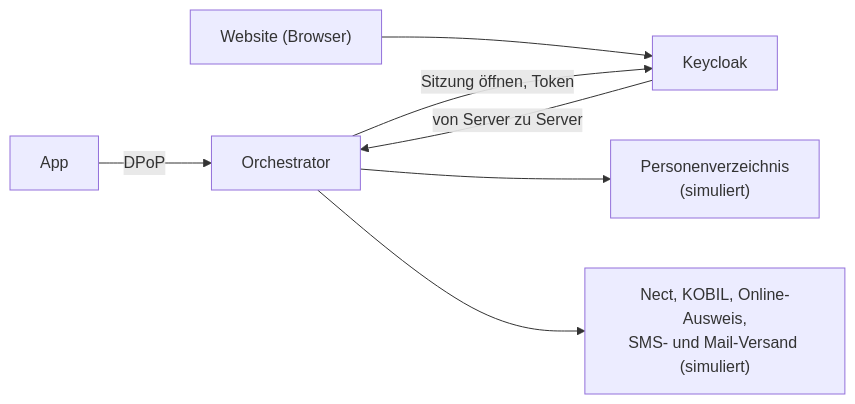
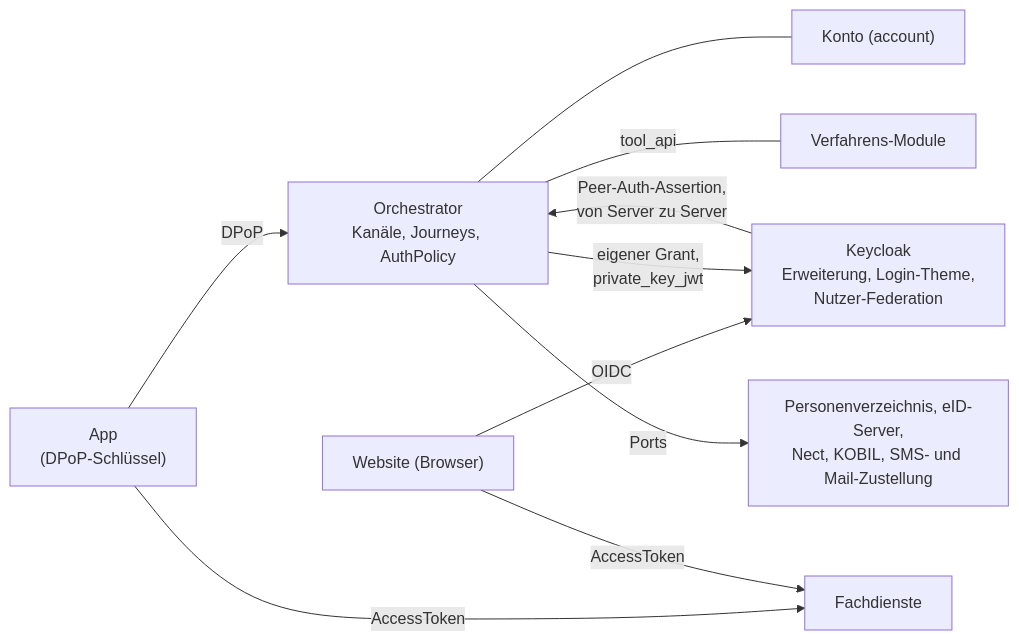
One commit to rpreissel/identity-demo changed the second of 2 diagrams in docs/01-ueberblick.md. Above: the diagram before and after it, drawn with Mermaid. The commit also changed other lines of this file and 273 other files, not shown here.

First line of the commit message:
Doku neu gegliedert: Zielbild vor Demo, API in vier Teilen, Seiten je Verfahren (DPoP-demo-3t2e)

````diff
--- a/docs/01-ueberblick.md
+++ b/docs/01-ueberblick.md
@@ -46,9 +46,12 @@
 ```mermaid
 flowchart LR
-  App["App"] -- "DPoP" --> O["Orchestrator"]
-  Web["Website (Browser)"] --> KC["Keycloak"]
-  KC -- "von Server zu Server" --> O
-  O -->|"Sitzung öffnen, Token"| KC
-  O --> PV["Personenverzeichnis<br/>(simuliert)"]
-  O --> EXT["Nect, KOBIL, Online-Ausweis,<br/>SMS- und Mail-Versand (simuliert)"]
+  App["App<br/>(DPoP-Schlüssel)"] -- "DPoP" --> O["Orchestrator<br/>Kanäle, Journeys, AuthPolicy"]
+  Web["Website (Browser)"] -- "OIDC" --> KC["Keycloak<br/>Erweiterung, Login-Theme,<br/>Nutzer-Federation"]
+  KC -- "Peer-Auth-Assertion,<br/>von Server zu Server" --> O
+  O -- "eigener Grant,<br/>private_key_jwt" --> KC
+  O --- ACC["Konto (account)"]
+  O -- "tool_api" --- TM["Verfahrens-Module"]
+  O -- "Ports" --> EXT["Personenverzeichnis, eID-Server,<br/>Nect, KOBIL, SMS- und Mail-Zustellung"]
+  App -- "AccessToken" --> F["Fachdienste"]
+  Web -- "AccessToken" --> F
 ```
````
